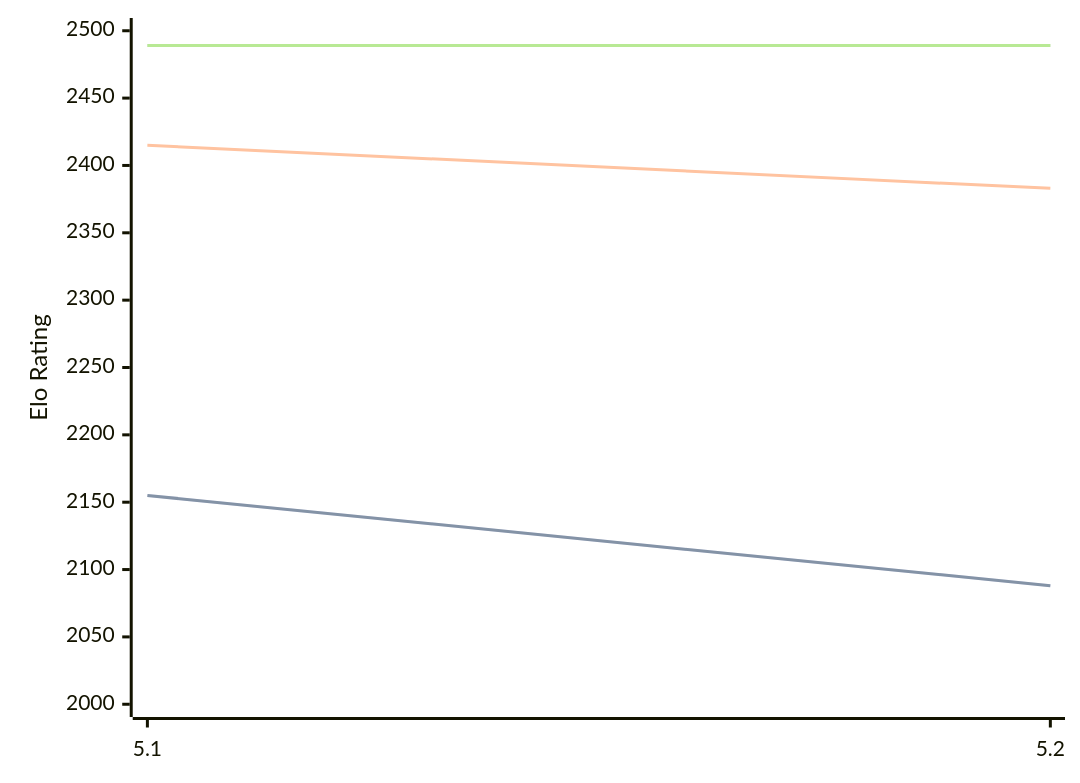
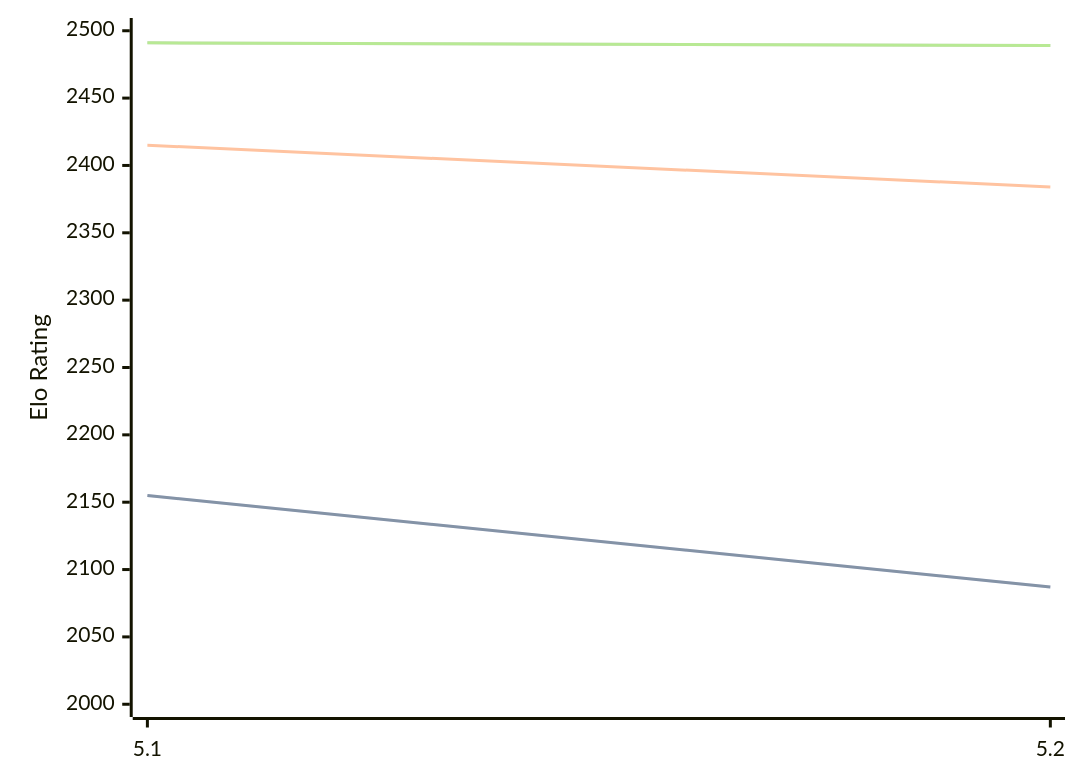
The first of 3 diagrams in engines/Prophet.md (computer-chess-index/cci), drawn with Mermaid before and after one commit. The commit also changed other lines of this file, not shown here.

Commit message:
Update CCI Ratings (ELO VLTC) - 2026-06-20

````diff
--- a/engines/Prophet.md
+++ b/engines/Prophet.md
@@ -38,11 +38,11 @@
 ```mermaid
 %%{init: {"theme":"base","themeVariables":{"seriesColors:['#a3a3a3','#222221','#faa371']}}}%%
 xychart-beta
   x-axis ["5.1", "5.2"]
   y-axis "Elo Rating" 2000 --> 2500
-  line "STC (8.0+0.08s)" [2155, 2088]
-  line "STC (8.0+0.08s)" [2155, 2088]
-  line "LTC (60.0+0.60s)" [2415, 2383]
-  line "VLTC (2m24s+1.12s)" [2489, 2489]
-  line "VLTC (2m24s+1.12s)" [2489, 2489]
+  line "STC (8.0+0.08s)" [2155, 2087]
+  line "STC (8.0+0.08s)" [2155, 2087]
+  line "LTC (60.0+0.60s)" [2415, 2384]
+  line "VLTC (2m24s+1.12s)" [2491, 2489]
+  line "VLTC (2m24s+1.12s)" [2491, 2489]
 ```
````
